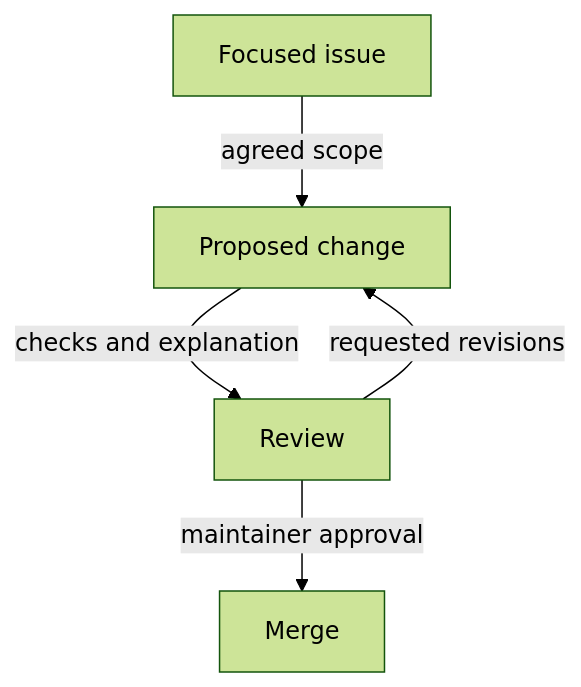
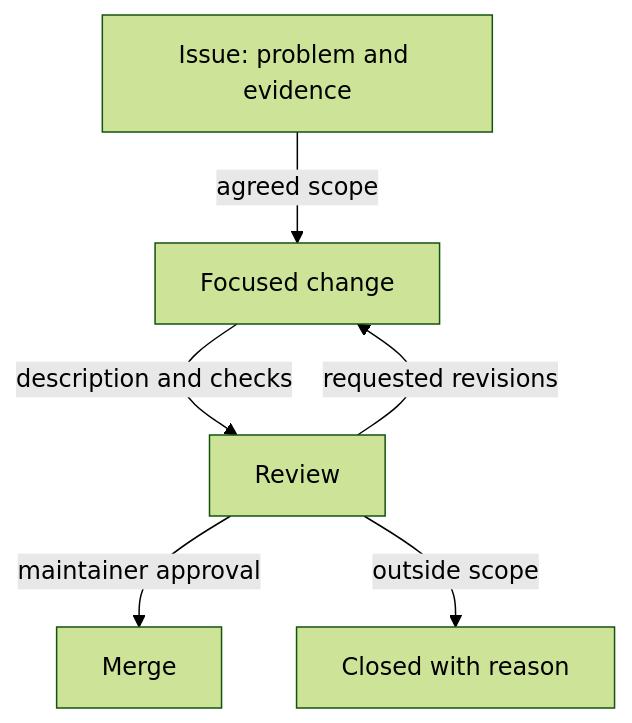
The diagram in sections/section-030/module-01/course-02-issues-reviews-and-working-groups.md (astrona-io/ATS040), drawn with Mermaid (forest theme) before and after one commit. The commit also changed other lines of this file and 215 other files, not shown here.

````diff
--- a/sections/section-030/module-01/course-02-issues-reviews-and-working-groups.md
+++ b/sections/section-030/module-01/course-02-issues-reviews-and-working-groups.md
@@ -16,7 +22,8 @@
 ```mermaid
 flowchart TB
-    I["Focused issue"] -->|"agreed scope"| C["Proposed change"]
-    C -->|"checks and explanation"| R["Review"]
+    I["Issue: problem and evidence"] -->|"agreed scope"| C["Focused change"]
+    C -->|"description and checks"| R["Review"]
     R -->|"requested revisions"| C
     R -->|"maintainer approval"| M["Merge"]
+    R -->|"outside scope"| X["Closed with reason"]
 ```
````
